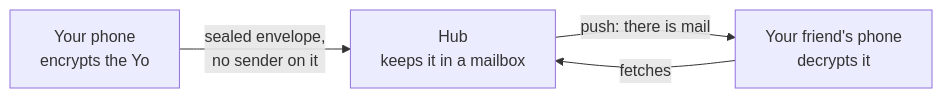
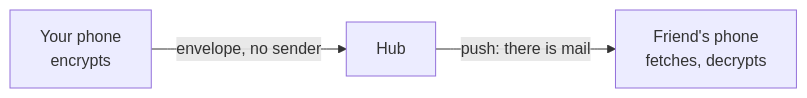
The diagram in README.md (YoAgain/yo), drawn with Mermaid before and after one commit. The commit also changed other lines of this file, not shown here.

````diff
--- a/README.md
+++ b/README.md
@@ -14,9 +9,5 @@
 ```mermaid
 flowchart LR
-  A["Your phone<br/>encrypts the Yo"]
-  H["Hub<br/>keeps it in a mailbox"]
-  B["Your friend's phone<br/>decrypts it"]
-  A -- "sealed envelope,<br/>no sender on it" --> H
-  H -- "push: there is mail" --> B
-  B -- "fetches" --> H
+  A["Your phone<br/>encrypts"] -- "envelope, no sender" --> H["Hub"]
+  H -- "push: there is mail" --> B["Friend's phone<br/>fetches, decrypts"]
 ```
````
